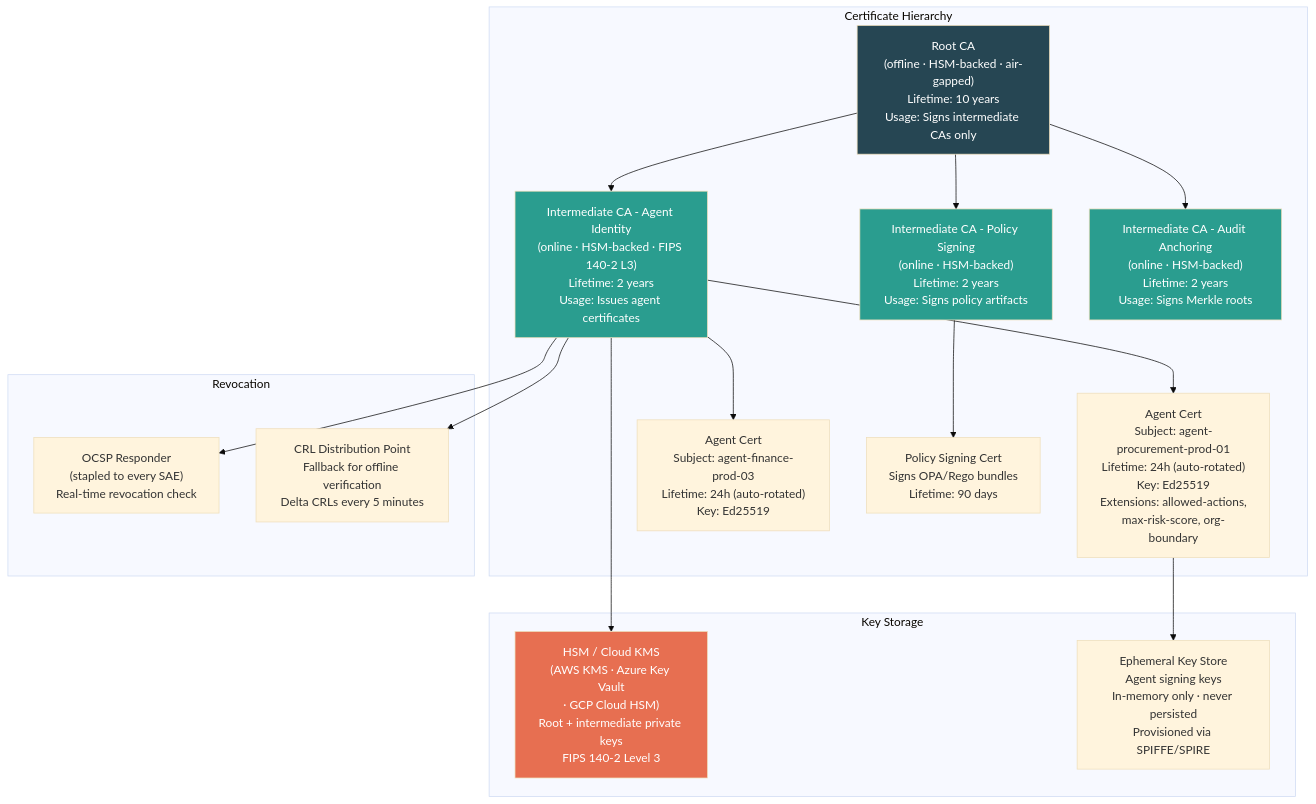
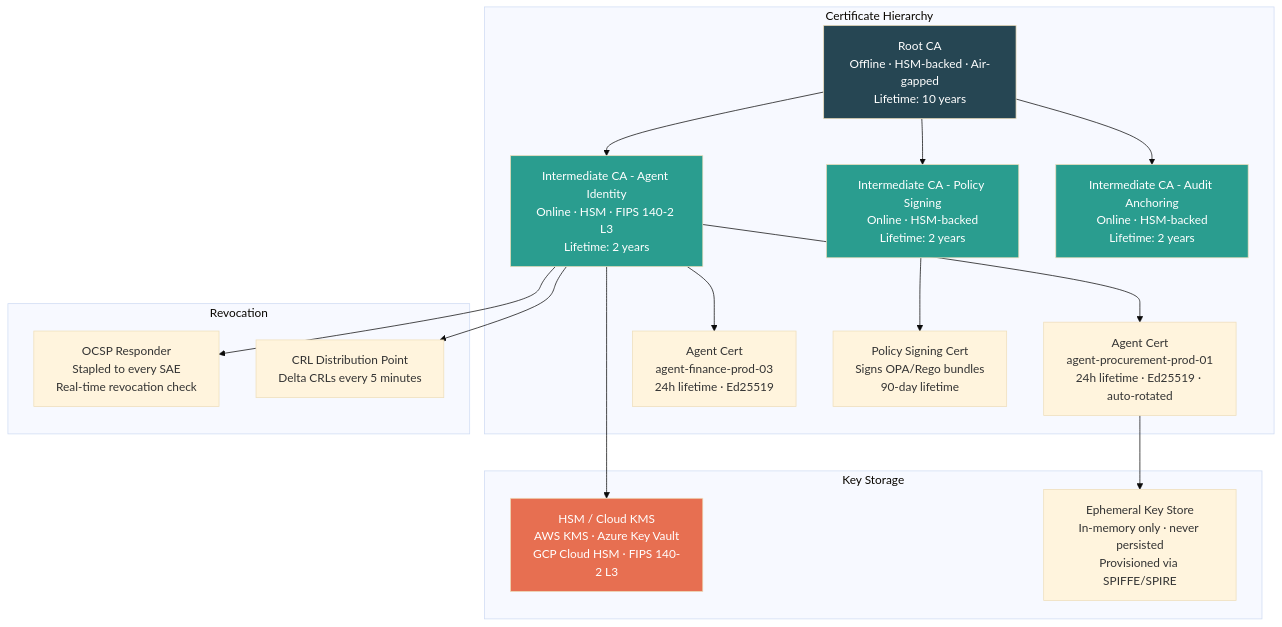
One commit to kjayashr/cryptographic-trust-layer changed the sixth of 16 diagrams in cryptographic-trust-layer-thesis.md. Above: the diagram before and after it, drawn with Mermaid (base theme). The commit also changed other lines of this file, not shown here.

First line of the commit message:
Fix mermaid diagrams and add 10,000ft architecture overview

````diff
--- a/cryptographic-trust-layer-thesis.md
+++ b/cryptographic-trust-layer-thesis.md
@@ -167,43 +219,43 @@
 ```mermaid
 graph TB
     subgraph "Certificate Hierarchy"
-        ROOT["Root CA\n(offline · HSM-backed · air-gapped)\nLifetime: 10 years\nUsage: Signs intermediate CAs only"]
-        INT["Intermediate CA - Agent Identity\n(online · HSM-backed · FIPS 140-2 L3)\nLifetime: 2 years\nUsage: Issues agent certificates"]
-        INT2["Intermediate CA - Policy Signing\n(online · HSM-backed)\nLifetime: 2 years\nUsage: Signs policy artifacts"]
-        INT3["Intermediate CA - Audit Anchoring\n(online · HSM-backed)\nLifetime: 2 years\nUsage: Signs Merkle roots"]
+        ROOT["Root CA<br/>Offline · HSM-backed · Air-gapped<br/>Lifetime: 10 years"]
+        INT["Intermediate CA - Agent Identity<br/>Online · HSM · FIPS 140-2 L3<br/>Lifetime: 2 years"]
+        INT2["Intermediate CA - Policy Signing<br/>Online · HSM-backed<br/>Lifetime: 2 years"]
+        INT3["Intermediate CA - Audit Anchoring<br/>Online · HSM-backed<br/>Lifetime: 2 years"]
 
         ROOT --> INT
         ROOT --> INT2
         ROOT --> INT3
 
-        AGENT1["Agent Cert\nSubject: agent-procurement-prod-01\nLifetime: 24h (auto-rotated)\nKey: Ed25519\nExtensions: allowed-actions,\nmax-risk-score, org-boundary"]
-        AGENT2["Agent Cert\nSubject: agent-finance-prod-03\nLifetime: 24h (auto-rotated)\nKey: Ed25519"]
-        POLICY["Policy Signing Cert\nSigns OPA/Rego bundles\nLifetime: 90 days"]
+        AGENT1["Agent Cert<br/>agent-procurement-prod-01<br/>24h lifetime · Ed25519 · auto-rotated"]
+        AGENT2["Agent Cert<br/>agent-finance-prod-03<br/>24h lifetime · Ed25519"]
+        POLICY["Policy Signing Cert<br/>Signs OPA/Rego bundles<br/>90-day lifetime"]
 
         INT --> AGENT1
         INT --> AGENT2
         INT2 --> POLICY
     end
 
     subgraph "Key Storage"
-        HSM["HSM / Cloud KMS\n(AWS KMS · Azure Key Vault\n· GCP Cloud HSM)\nRoot + intermediate private keys\nFIPS 140-2 Level 3"]
-        AGENT_STORE["Ephemeral Key Store\nAgent signing keys\nIn-memory only · never persisted\nProvisioned via SPIFFE/SPIRE"]
+        HSM["HSM / Cloud KMS<br/>AWS KMS · Azure Key Vault<br/>GCP Cloud HSM · FIPS 140-2 L3"]
+        AGENT_STORE["Ephemeral Key Store<br/>In-memory only · never persisted<br/>Provisioned via SPIFFE/SPIRE"]
     end
 
     INT --> HSM
     AGENT1 --> AGENT_STORE
 
     subgraph "Revocation"
-        OCSP["OCSP Responder\n(stapled to every SAE)\nReal-time revocation check"]
-        CRL["CRL Distribution Point\nFallback for offline verification\nDelta CRLs every 5 minutes"]
+        OCSP["OCSP Responder<br/>Stapled to every SAE<br/>Real-time revocation check"]
+        CRL["CRL Distribution Point<br/>Delta CRLs every 5 minutes"]
     end
 
     INT --> OCSP
     INT --> CRL
 
     style ROOT fill:#264653,color:#fff
     style INT fill:#2a9d8f,color:#fff
     style INT2 fill:#2a9d8f,color:#fff
     style INT3 fill:#2a9d8f,color:#fff
     style HSM fill:#e76f51,color:#fff
 ```
````
